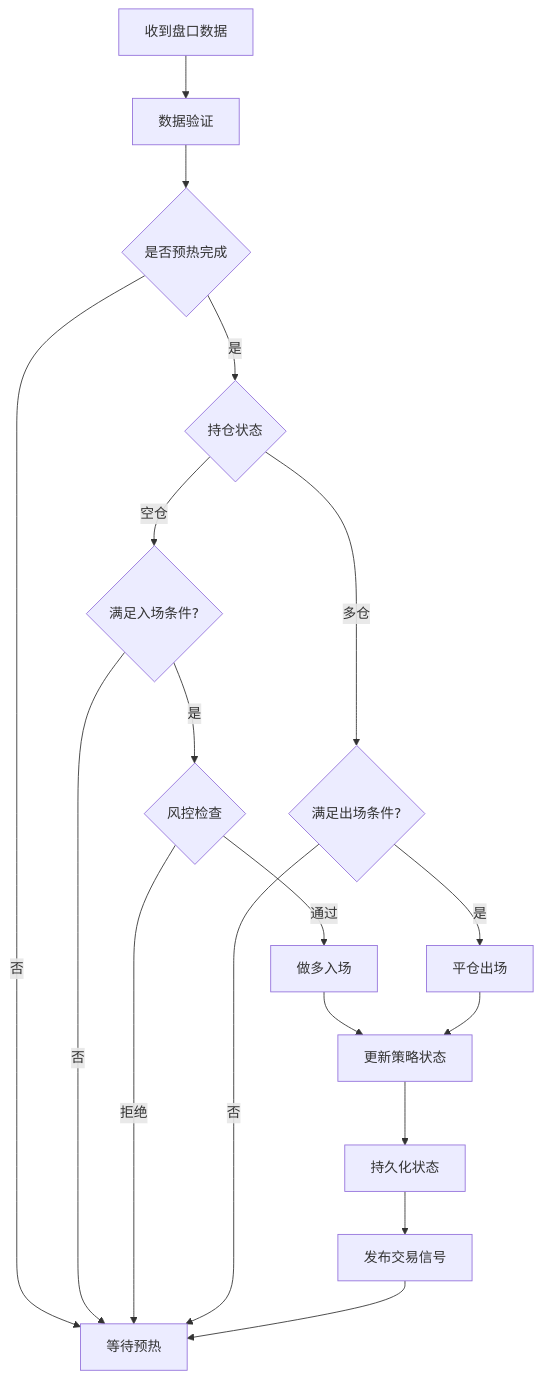
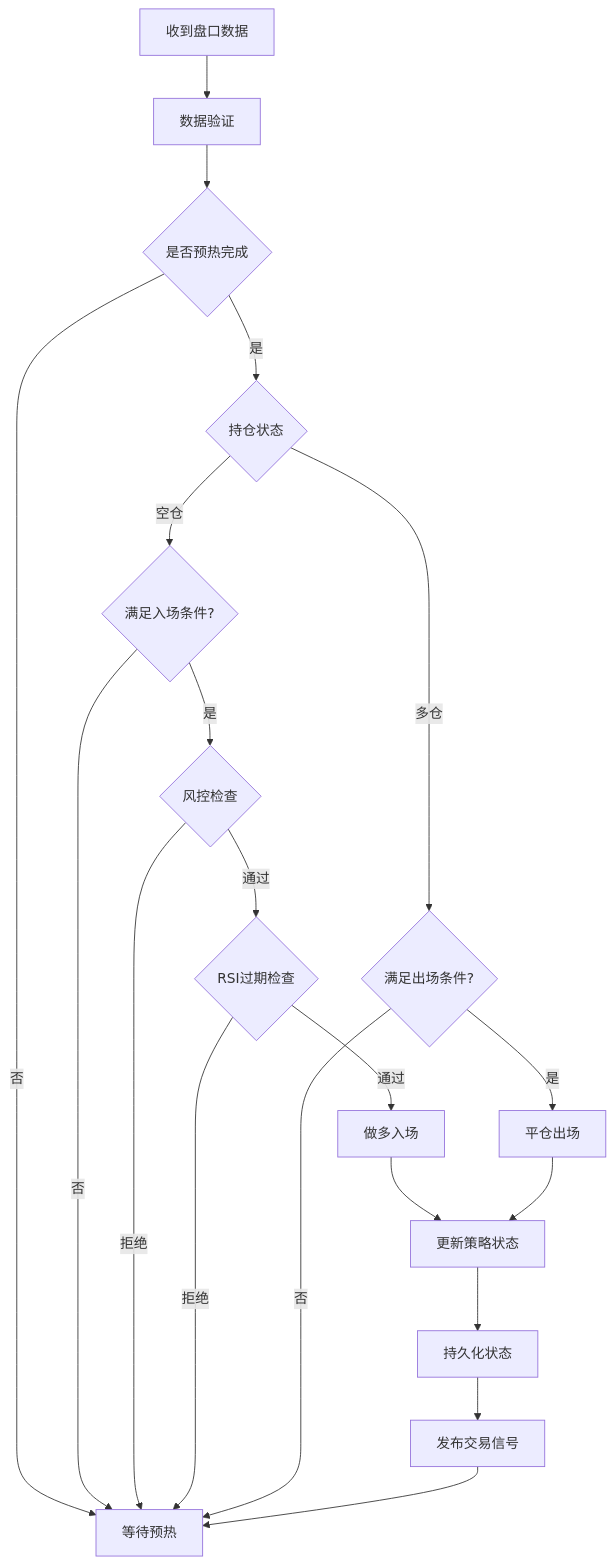
The third of 9 diagrams in .qoder/repowiki/zh/content/核心模块/动量策略引擎.md (Heres1/binanceWebsocket), drawn with Mermaid before and after one commit. The commit also changed other lines of this file and 10 other files, not shown here.

````diff
--- a/.qoder/repowiki/zh/content/核心模块/动量策略引擎.md
+++ b/.qoder/repowiki/zh/content/核心模块/动量策略引擎.md
@@ -139,20 +149,22 @@
 ```mermaid
 flowchart TD
 Start[收到盘口数据] --> Validate[数据验证]
 Validate --> CheckWarmup{是否预热完成}
 CheckWarmup --> |否| Wait[等待预热]
 CheckWarmup --> |是| CheckPosition{持仓状态}
 CheckPosition --> |空仓| CheckEntry{满足入场条件?}
 CheckEntry --> |否| Wait
 CheckEntry --> |是| CheckRisk{风控检查}
-CheckRisk --> |通过| Enter[做多入场]
+CheckRisk --> |通过| CheckRSI{RSI过期检查}
 CheckRisk --> |拒绝| Wait
+CheckRSI --> |通过| Enter[做多入场]
+CheckRSI --> |拒绝| Wait
 CheckPosition --> |多仓| CheckExit{满足出场条件?}
 CheckExit --> |否| Wait
 CheckExit --> |是| Exit[平仓出场]
 Enter --> UpdateState[更新策略状态]
 Exit --> UpdateState
 UpdateState --> Persist[持久化状态]
 Persist --> EmitSignal[发布交易信号]
 EmitSignal --> Wait
 ```
````
